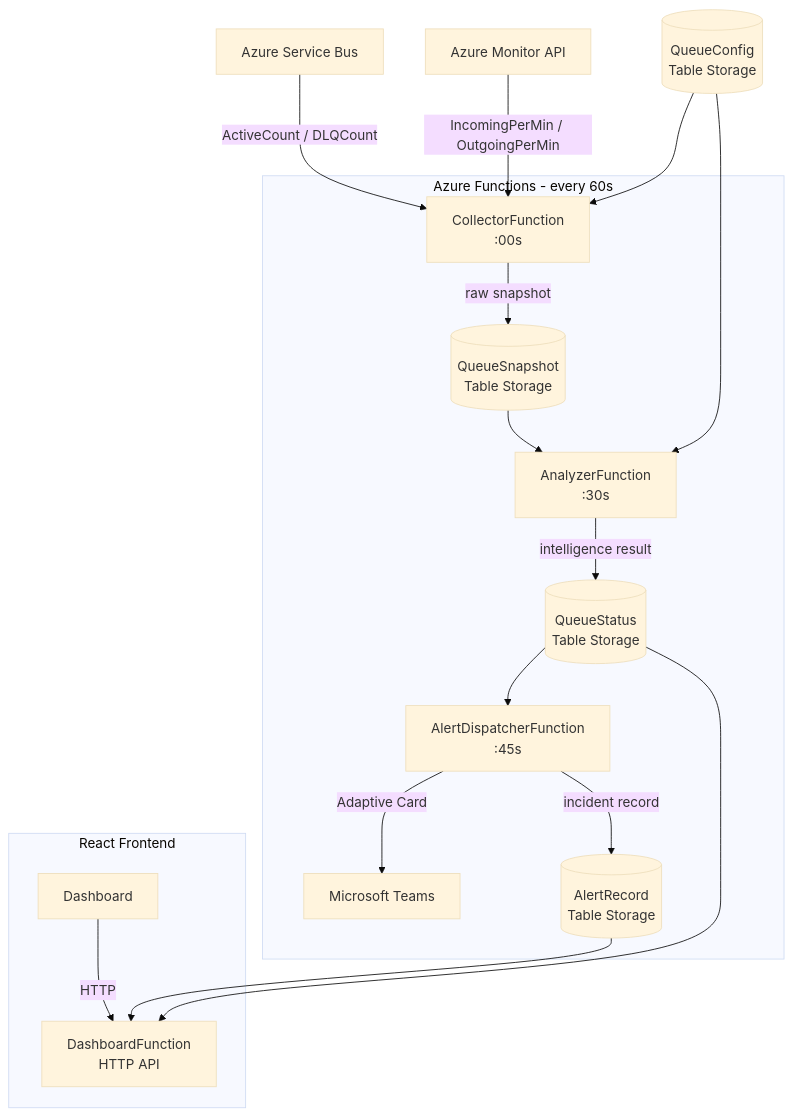
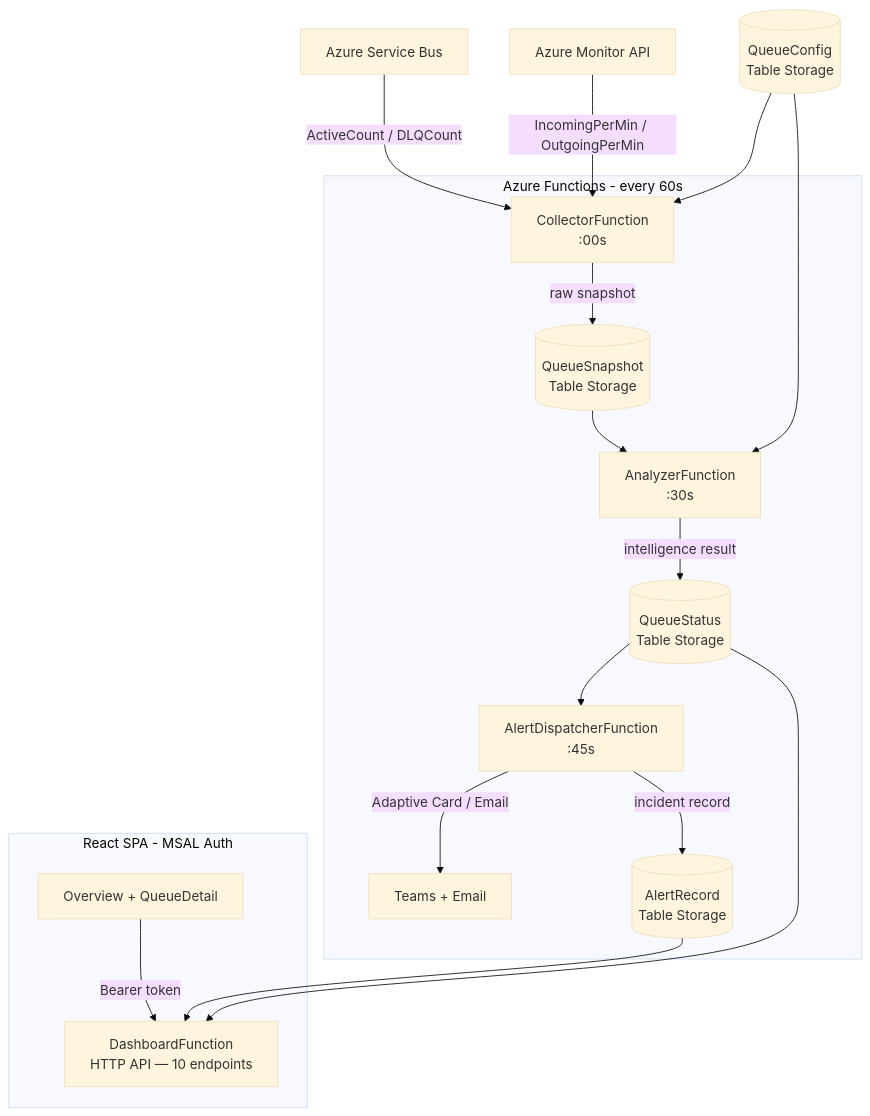
The diagram in README.md (shwetaptl/QueueBacklogIntelligence), drawn with Mermaid (base theme) before and after one commit. The commit also changed other lines of this file, not shown here.

Commit message:
docs: rewrite README with auth section, troubleshooting, updated structure and expected outputs

````diff
--- a/README.md
+++ b/README.md
@@ -41,23 +42,23 @@
 ```mermaid
 graph TD
     SB[Azure Service Bus] -->|ActiveCount / DLQCount| CF
     AM[Azure Monitor API] -->|IncomingPerMin / OutgoingPerMin| CF
 
     subgraph Azure Functions - every 60s
         CF[CollectorFunction<br/>:00s] -->|raw snapshot| QSnap[(QueueSnapshot<br/>Table Storage)]
         QSnap --> AF[AnalyzerFunction<br/>:30s]
         AF -->|intelligence result| QStat[(QueueStatus<br/>Table Storage)]
         QStat --> AD[AlertDispatcherFunction<br/>:45s]
-        AD -->|Adaptive Card| Teams[Microsoft Teams]
+        AD -->|Adaptive Card / Email| Notif[Teams + Email]
         AD -->|incident record| AR[(AlertRecord<br/>Table Storage)]
     end
 
-    subgraph React Frontend
-        UI[Dashboard] -->|HTTP| DF
+    subgraph React SPA - MSAL Auth
+        UI[Overview + QueueDetail] -->|Bearer token| DF
     end
 
-    QStat --> DF[DashboardFunction<br/>HTTP API]
+    QStat --> DF[DashboardFunction<br/>HTTP API — 10 endpoints]
     AR --> DF
     QC[(QueueConfig<br/>Table Storage)] --> CF
     QC --> AF
 ```
````
